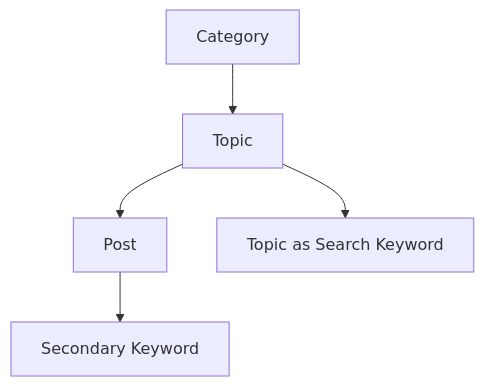
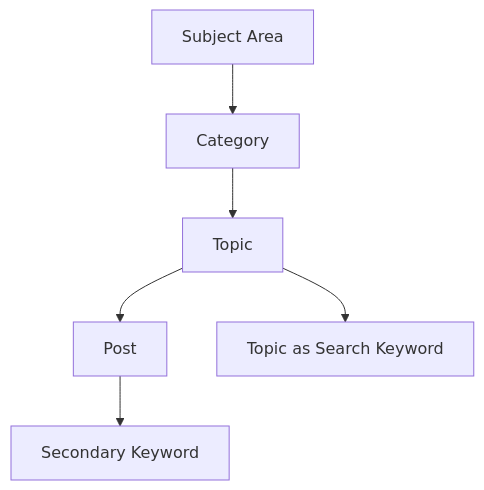
Before and after one commit to SteveEastin123/bart-blog-demo: the first of 3 diagrams in docs/wordpress_json_integration_guide.md, drawn with Mermaid. The commit also changed other lines of this file and 9 other files, not shown here.

Commit message:
Rename category groups to subject areas

````diff
--- a/docs/wordpress_json_integration_guide.md
+++ b/docs/wordpress_json_integration_guide.md
@@ -58,7 +64,8 @@
 ```mermaid
 flowchart TD
-    C["Category"] --> T["Topic"]
+    S["Subject Area"] --> C["Category"]
+    C --> T["Topic"]
     T --> P["Post"]
     P --> K["Secondary Keyword"]
     T --> K2["Topic as Search Keyword"]
 ```
````
